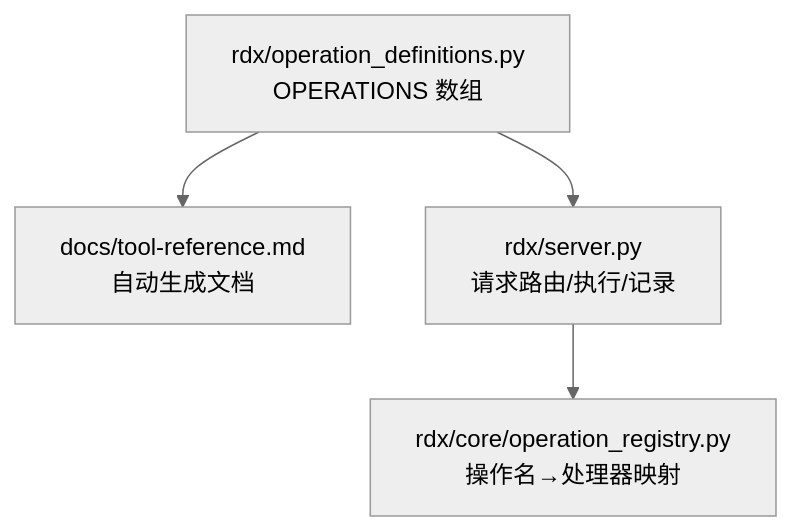
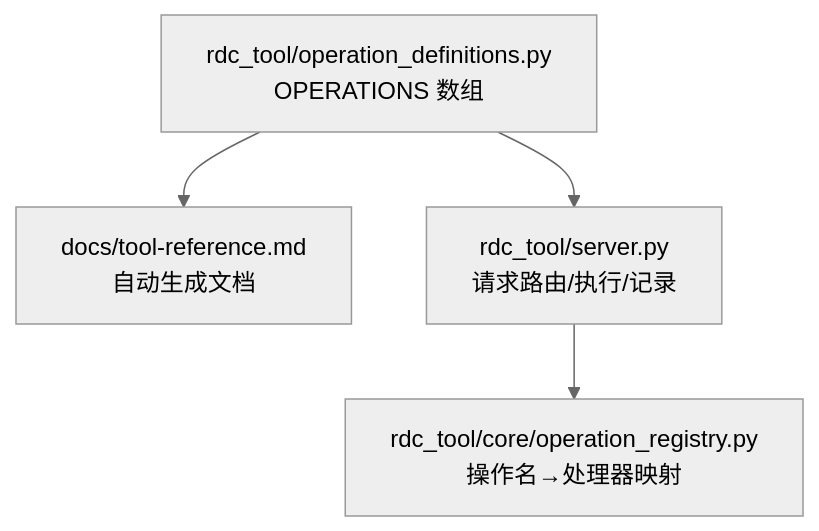
Before and after one commit to haolange/RDC-Tool: the first of 4 diagrams in .qoder/repowiki/zh/content/开发指南/添加新操作/操作定义规范.md, drawn with Mermaid (neutral theme). The commit also changed other lines of this file and 388 other files, not shown here.

First line of the commit message:
Release RDC-Tool identity and public maintenance surface

````diff
--- a/.qoder/repowiki/zh/content/开发指南/添加新操作/操作定义规范.md
+++ b/.qoder/repowiki/zh/content/开发指南/添加新操作/操作定义规范.md
@@ -32,6 +32,6 @@
 ```mermaid
 graph TB
-A["rdx/operation_definitions.py<br/>OPERATIONS 数组"] --> B["docs/tool-reference.md<br/>自动生成文档"]
-A --> C["rdx/server.py<br/>请求路由/执行/记录"]
-C --> D["rdx/core/operation_registry.py<br/>操作名→处理器映射"]
+A["rdc_tool/operation_definitions.py<br/>OPERATIONS 数组"] --> B["docs/tool-reference.md<br/>自动生成文档"]
+A --> C["rdc_tool/server.py<br/>请求路由/执行/记录"]
+C --> D["rdc_tool/core/operation_registry.py<br/>操作名→处理器映射"]
 ```
````
